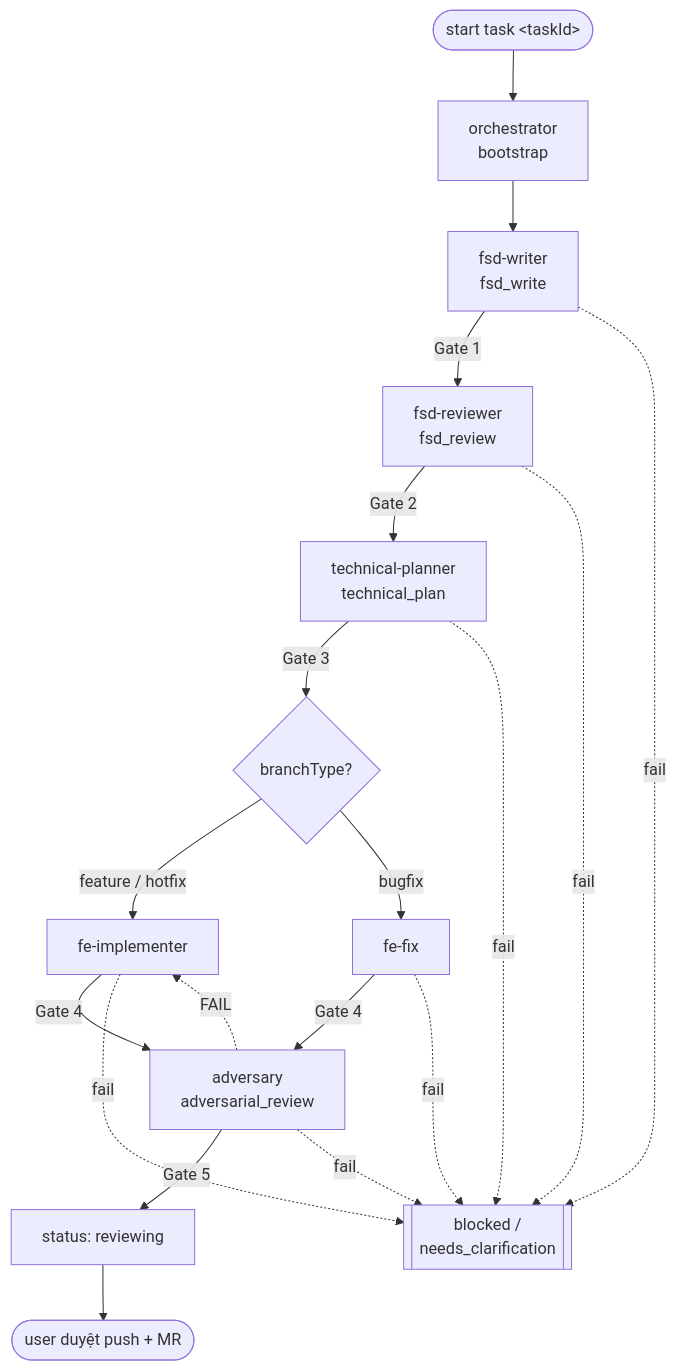
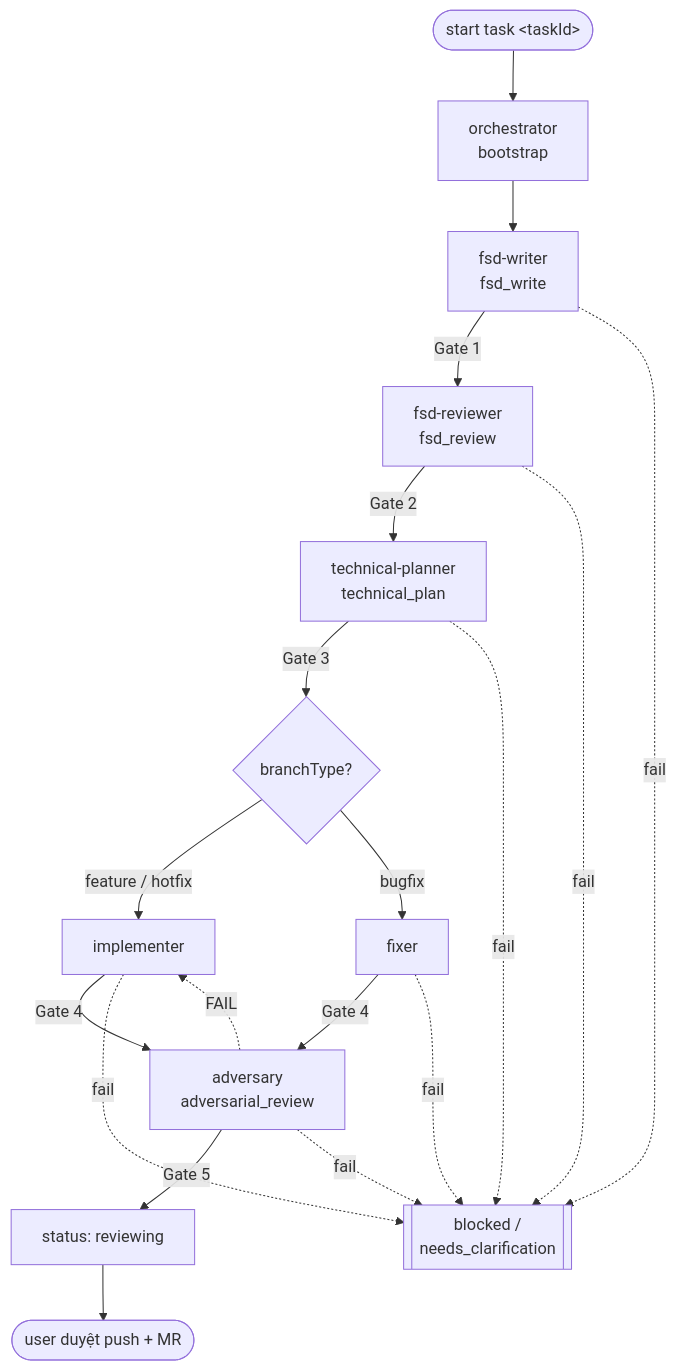
One commit to thnhtus/spec-harness changed the diagram in kernel/docs/Agents.md. Above: the diagram before and after it, drawn with Mermaid. The commit also changed other lines of this file and 21 other files, not shown here.

First line of the commit message:
kernel: gỡ khoá layer — role implementer/fixer thay cho fe-*

````diff
--- a/kernel/docs/Agents.md
+++ b/kernel/docs/Agents.md
@@ -50,22 +50,22 @@
 ```mermaid
 flowchart TD
     START([start task &lt;taskId&gt;]) --> ORCH[orchestrator<br/>bootstrap]
     ORCH --> WRITE[fsd-writer<br/>fsd_write]
     WRITE -->|Gate 1| FSD[fsd-reviewer<br/>fsd_review]
     FSD -->|Gate 2| PLAN[technical-planner<br/>technical_plan]
     PLAN -->|Gate 3| PICK{branchType?}
-    PICK -->|feature / hotfix| IMPL[fe-implementer]
-    PICK -->|bugfix| FIX[fe-fix]
+    PICK -->|feature / hotfix| IMPL[implementer]
+    PICK -->|bugfix| FIX[fixer]
     IMPL -->|Gate 4| ADV[adversary<br/>adversarial_review]
     FIX -->|Gate 4| ADV
     ADV -->|Gate 5| REVIEW[status: reviewing]
     ADV -.FAIL.-> IMPL
     REVIEW --> MR([user duyệt push + MR])
 
     WRITE -.fail.-> BLOCK[[blocked /<br/>needs_clarification]]
     FSD -.fail.-> BLOCK
     PLAN -.fail.-> BLOCK
     IMPL -.fail.-> BLOCK
     FIX -.fail.-> BLOCK
     ADV -.fail.-> BLOCK
 ```
````
